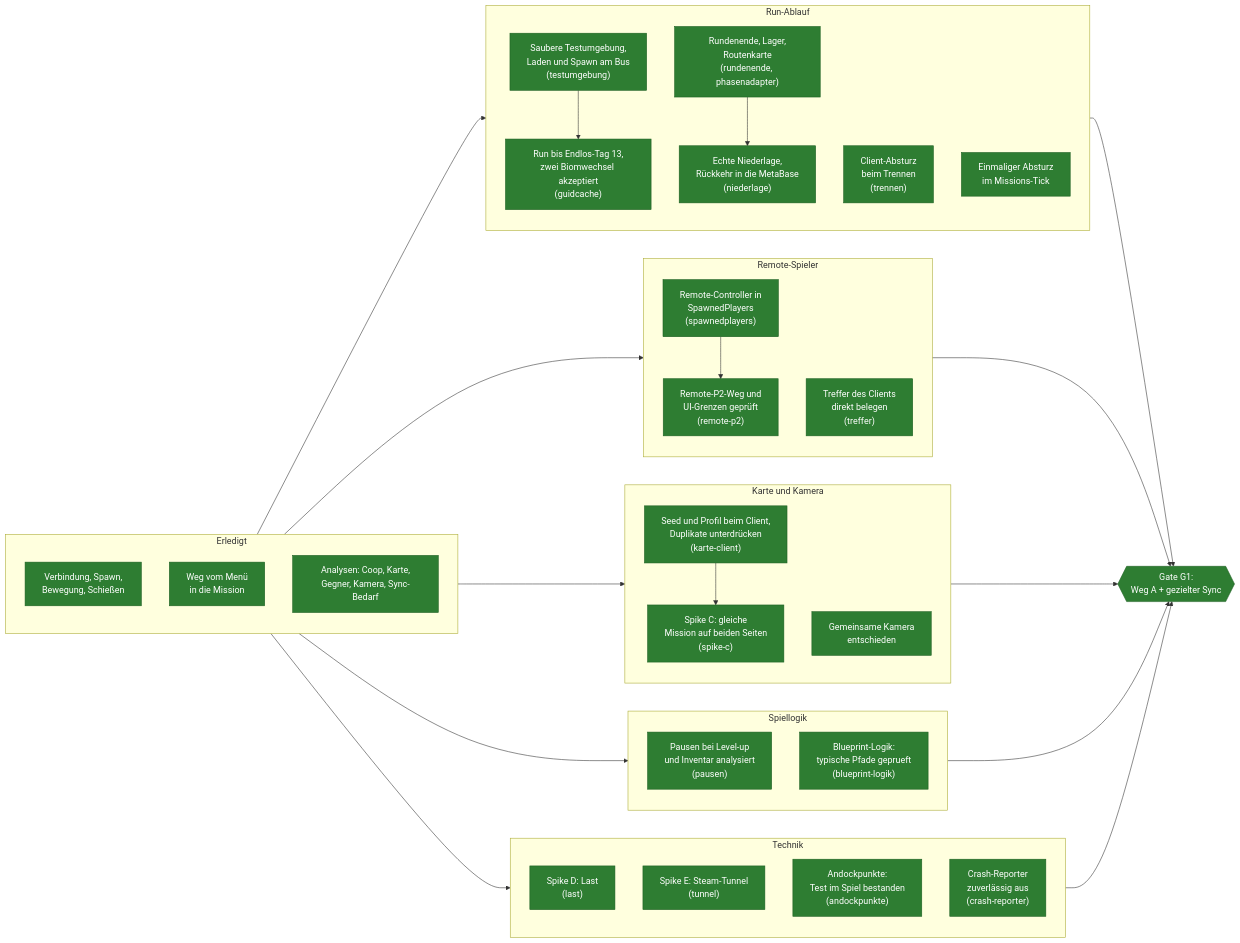
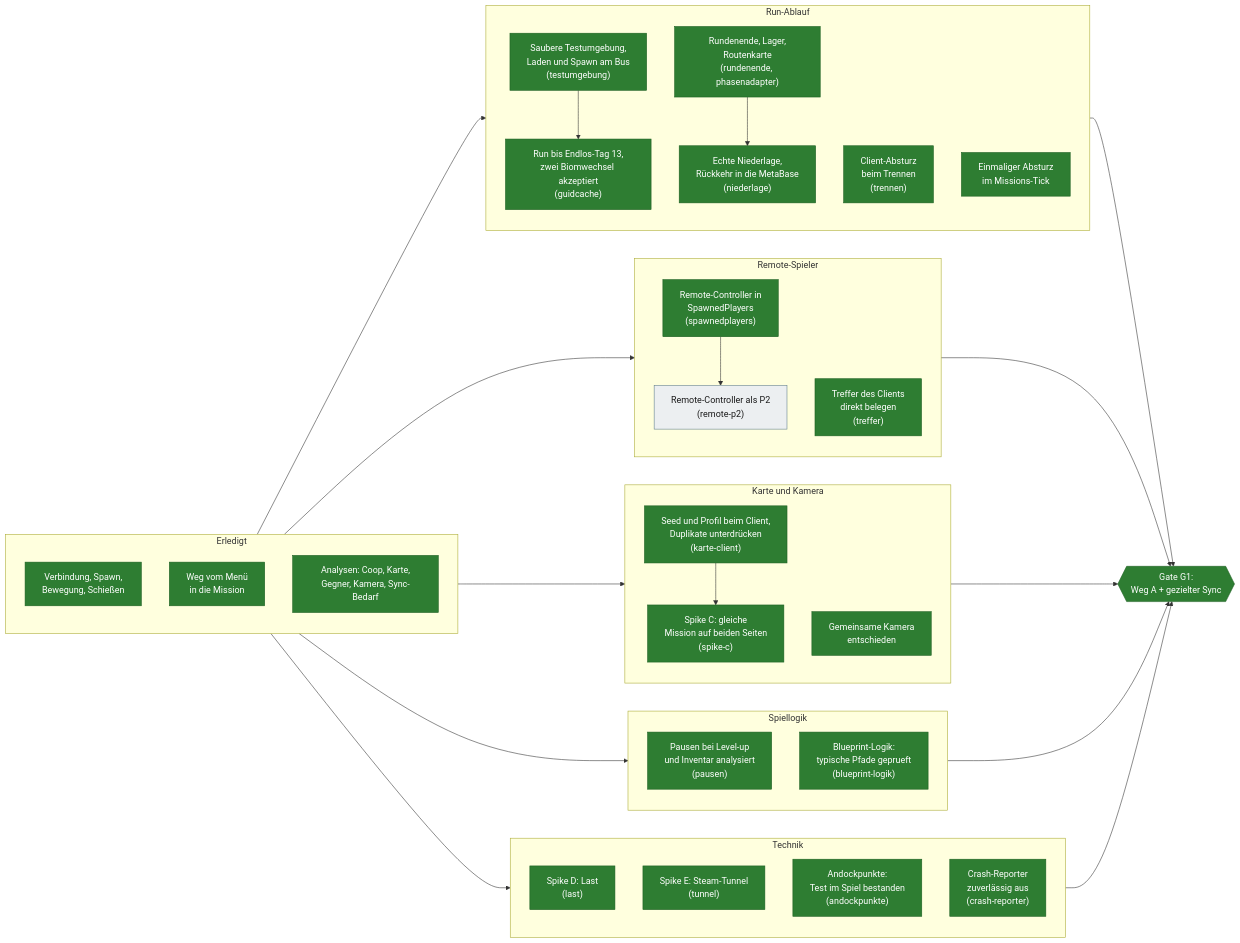
Before and after one commit to VitaminStack/Deadly-Days-Roadtrip-Multiplayer-Mod: the second of 4 diagrams in docs/ROADMAP.md, drawn with Mermaid. The commit also changed other lines of this file and 12 other files, not shown here.

````diff
--- a/docs/ROADMAP.md
+++ b/docs/ROADMAP.md
@@ -81,66 +80,66 @@
 ```mermaid
 flowchart LR
     subgraph BASIS["Erledigt"]
         A1["Verbindung, Spawn,<br/>Bewegung, Schießen"]:::done
         A2["Weg vom Menü<br/>in die Mission"]:::done
         A3["Analysen: Coop, Karte,<br/>Gegner, Kamera, Sync-Bedarf"]:::done
     end
 
     subgraph RUN["Run-Ablauf"]
         TE["Saubere Testumgebung,<br/>Laden und Spawn am Bus<br/>(testumgebung)"]:::done
         T3["Run bis Endlos-Tag 13,<br/>zwei Biomwechsel akzeptiert<br/>(guidcache)"]:::done
         TE --> T3
         RE["Rundenende, Lager,<br/>Routenkarte<br/>(rundenende, phasenadapter)"]:::done
         NI["Echte Niederlage,<br/>Rückkehr in die MetaBase<br/>(niederlage)"]:::done
         TR["Client-Absturz<br/>beim Trennen<br/>(trennen)"]:::done
         MT["Einmaliger Absturz<br/>im Missions-Tick"]:::done
         RE --> NI
     end
 
     subgraph SPIELER["Remote-Spieler"]
         SP["Remote-Controller in<br/>SpawnedPlayers<br/>(spawnedplayers)"]:::done
-        RP["Remote-P2-Weg und<br/>UI-Grenzen geprüft<br/>(remote-p2)"]:::done
+        RP["Remote-Controller als P2<br/>(remote-p2)"]:::open
         TF["Treffer des Clients<br/>direkt belegen<br/>(treffer)"]:::done
         SP --> RP
     end
 
     subgraph WELT["Karte und Kamera"]
         KC["Seed und Profil beim Client,<br/>Duplikate unterdrücken<br/>(karte-client)"]:::done
         SC["Spike C: gleiche<br/>Mission auf beiden Seiten<br/>(spike-c)"]:::done
         KE["Gemeinsame Kamera<br/>entschieden"]:::done
         KC --> SC
     end
 
     subgraph LOGIK["Spiellogik"]
         PA["Pausen bei Level-up<br/>und Inventar analysiert<br/>(pausen)"]:::done
         BP["Blueprint-Logik:<br/>typische Pfade geprueft<br/>(blueprint-logik)"]:::done
     end
 
     subgraph TECHNIK["Technik"]
         LA["Spike D: Last<br/>(last)"]:::done
         TU["Spike E: Steam-Tunnel<br/>(tunnel)"]:::done
         AP["Andockpunkte:<br/>Test im Spiel bestanden<br/>(andockpunkte)"]:::done
         CR["Crash-Reporter<br/>zuverlässig aus<br/>(crash-reporter)"]:::done
     end
 
     BASIS --> RUN
     BASIS --> SPIELER
     BASIS --> WELT
     BASIS --> LOGIK
     BASIS --> TECHNIK
 
     RUN --> G1
     SPIELER --> G1
     WELT --> G1
     LOGIK --> G1
     TECHNIK --> G1
 
     G1{{"Gate G1:<br/>Weg A + gezielter Sync"}}:::done
 
     classDef done fill:#2e7d32,stroke:#1b5e20,color:#ffffff
     classDef wip fill:#f9a825,stroke:#b27a00,color:#1a1a1a
     classDef open fill:#eceff1,stroke:#607d8b,color:#1a1a1a
     classDef blocker fill:#c62828,stroke:#7f1d1d,color:#ffffff
     classDef decision fill:#ef6c00,stroke:#a34800,color:#ffffff
     classDef gate fill:#6a1b9a,stroke:#3e1163,color:#ffffff
 ```
````
